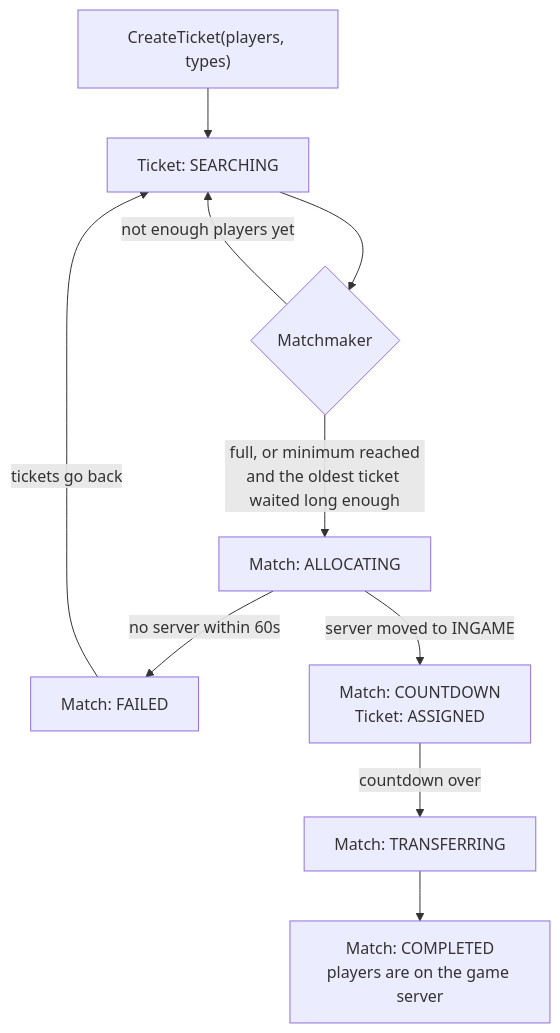
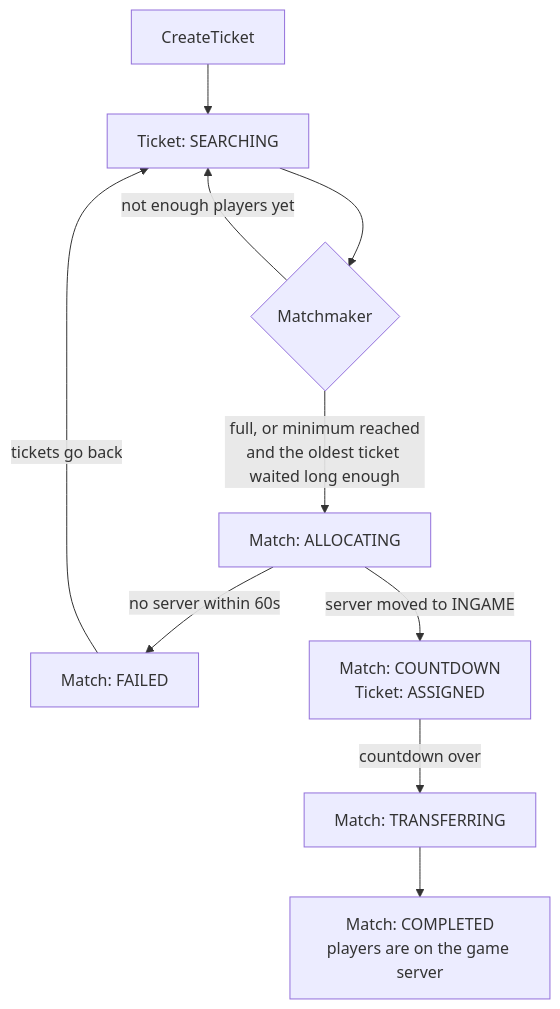
One commit to mythicisland/queue changed the diagram in README.md. Above: the diagram before and after it, drawn with Mermaid.

Commit message:
refactor: make graph better readable [skip ci]

````diff
--- a/README.md
+++ b/README.md
@@ -20,12 +20,12 @@
 ```mermaid
 flowchart TD
-    A["CreateTicket(players, types)"] --> B["Ticket: SEARCHING"]
+    A["CreateTicket"] --> B["Ticket: SEARCHING"]
     B --> C{"Matchmaker"}
     C -->|not enough players yet| B
     C -->|full, or minimum reached<br/>and the oldest ticket waited long enough| D["Match: ALLOCATING"]
     D -->|no server within 60s| F["Match: FAILED"]
     F -->|tickets go back| B
     D -->|server moved to INGAME| E["Match: COUNTDOWN<br/>Ticket: ASSIGNED"]
     E -->|countdown over| G["Match: TRANSFERRING"]
     G --> H["Match: COMPLETED<br/>players are on the game server"]
 ```
````
